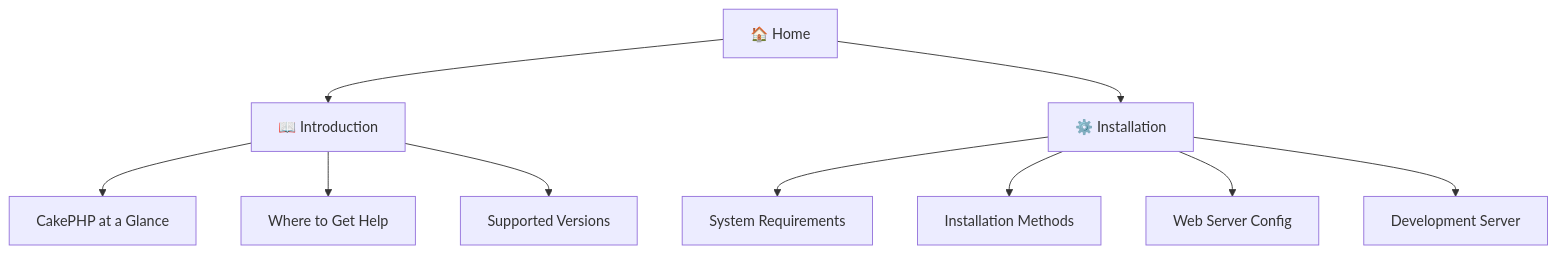
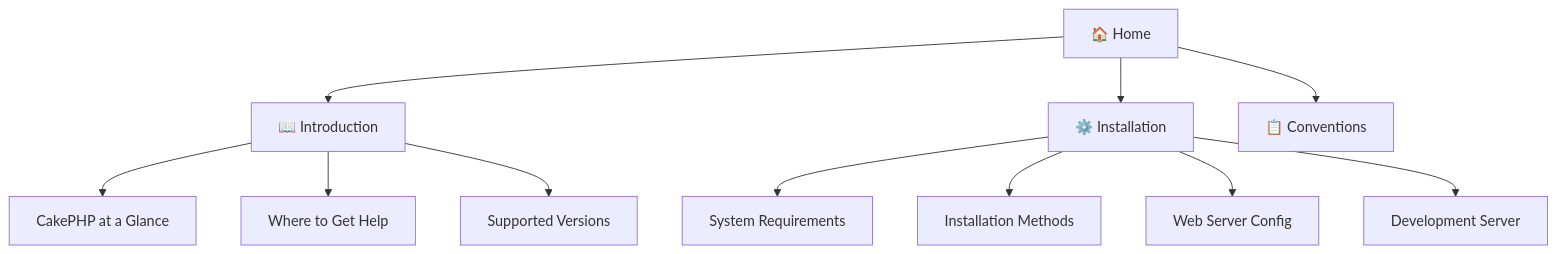
The first of 2 diagrams in docs/index.md (abhayraj-ops/Cake-Learn), drawn with Mermaid before and after one commit. The commit also changed other lines of this file and 3 other files, not shown here.

First line of the commit message:
feat: replace architecture page with conventions page

````diff
--- a/docs/index.md
+++ b/docs/index.md
@@ -19,14 +19,15 @@
 ```mermaid
 graph TB
     A[🏠 Home] --> B[📖 Introduction]
     A --> C[⚙️ Installation]
+    A --> D[📋 Conventions]
 
     B --> B1[CakePHP at a Glance]
     B --> B2[Where to Get Help]
     B --> B3[Supported Versions]
 
     C --> C1[System Requirements]
     C --> C2[Installation Methods]
     C --> C3[Web Server Config]
     C --> C4[Development Server]
 ```
````
